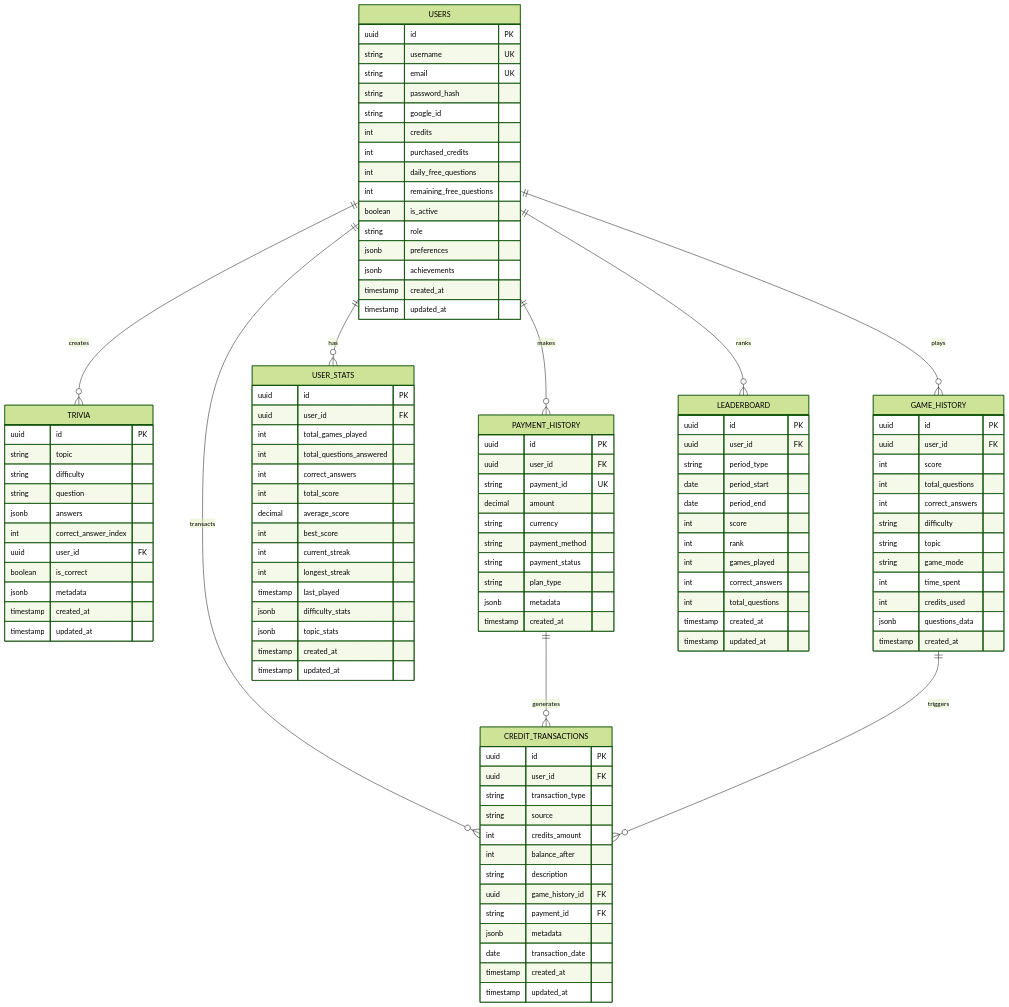
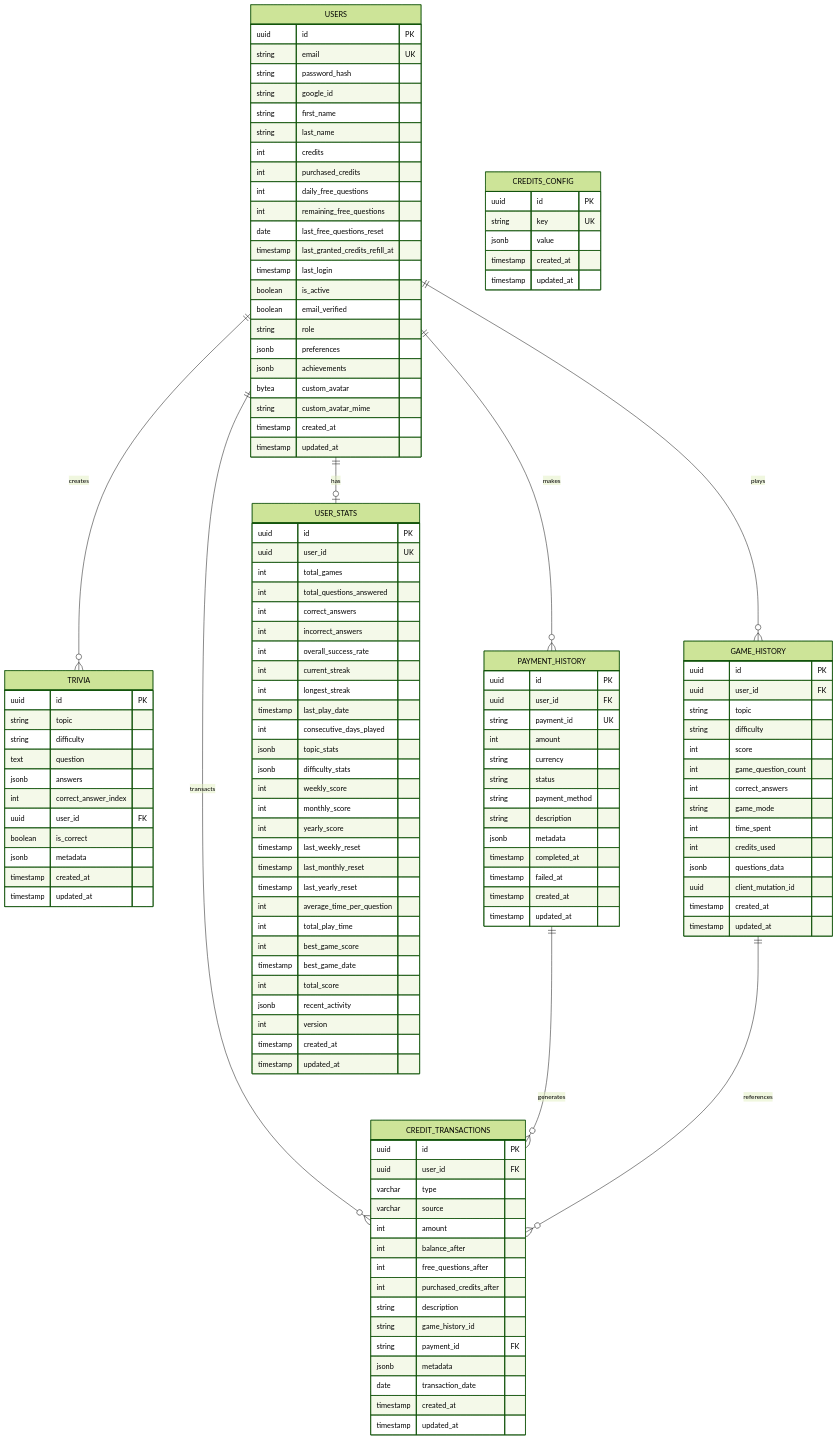
Before and after one commit to IsraelRub/EveryTriv: the eighth of 31 diagrams in docs/DIAGRAMS.md, drawn with Mermaid (forest theme). The commit also changed other lines of this file and 148 other files, not shown here.

First line of the commit message:
feat: email-gated profile, game text gate, session/multiplayer flows, Newman sync

```diff
--- a/docs/DIAGRAMS.md
+++ b/docs/DIAGRAMS.md
@@ -659,27 +609,33 @@
 erDiagram
     USERS ||--o{ TRIVIA : "creates"
     USERS ||--o{ GAME_HISTORY : "plays"
-    USERS ||--o{ USER_STATS : "has"
+    USERS ||--o| USER_STATS : "has"
     USERS ||--o{ PAYMENT_HISTORY : "makes"
     USERS ||--o{ CREDIT_TRANSACTIONS : "transacts"
-    USERS ||--o{ LEADERBOARD : "ranks"
     PAYMENT_HISTORY ||--o{ CREDIT_TRANSACTIONS : "generates"
-    GAME_HISTORY ||--o{ CREDIT_TRANSACTIONS : "triggers"
+    GAME_HISTORY ||--o{ CREDIT_TRANSACTIONS : "references"
 
     USERS {
         uuid id PK
-        string username UK
         string email UK
         string password_hash
         string google_id
+        string first_name
+        string last_name
         int credits
         int purchased_credits
         int daily_free_questions
         int remaining_free_questions
+        date last_free_questions_reset
+        timestamp last_granted_credits_refill_at
+        timestamp last_login
         boolean is_active
+        boolean email_verified
         string role
         jsonb preferences
         jsonb achievements
+        bytea custom_avatar
+        string custom_avatar_mime
         timestamp created_at
         timestamp updated_at
     }
@@ -688,7 +644,7 @@
         uuid id PK
         string topic
         string difficulty
-        string question
+        text question
         jsonb answers
         int correct_answer_index
         uuid user_id FK
@@ -701,32 +657,47 @@
     GAME_HISTORY {
         uuid id PK
         uuid user_id FK
+        string topic
+        string difficulty
         int score
-        int total_questions
+        int game_question_count
         int correct_answers
-        string difficulty
-        string topic
         string game_mode
         int time_spent
         int credits_used
         jsonb questions_data
+        uuid client_mutation_id
         timestamp created_at
+        timestamp updated_at
     }
 
     USER_STATS {
         uuid id PK
-        uuid user_id FK
-        int total_games_played
+        uuid user_id UK
+        int total_games
         int total_questions_answered
         int correct_answers
-        int total_score
-        decimal average_score
-        int best_score
+        int incorrect_answers
+        int overall_success_rate
         int current_streak
         int longest_streak
-        timestamp last_played
+        timestamp last_play_date
+        int consecutive_days_played
+        jsonb topic_stats
         jsonb difficulty_stats
-        jsonb topic_stats
+        int weekly_score
+        int monthly_score
+        int yearly_score
+        timestamp last_weekly_reset
+        timestamp last_monthly_reset
+        timestamp last_yearly_reset
+        int average_time_per_question
+        int total_play_time
+        int best_game_score
+        timestamp best_game_date
+        int total_score
+        jsonb recent_activity
+        int version
         timestamp created_at
         timestamp updated_at
     }
@@ -735,24 +706,29 @@
         uuid id PK
         uuid user_id FK
         string payment_id UK
-        decimal amount
+        int amount
         string currency
+        string status
         string payment_method
-        string payment_status
-        string plan_type
+        string description
         jsonb metadata
+        timestamp completed_at
+        timestamp failed_at
         timestamp created_at
+        timestamp updated_at
     }
 
     CREDIT_TRANSACTIONS {
         uuid id PK
         uuid user_id FK
-        string transaction_type
-        string source
-        int credits_amount
+        varchar type
+        varchar source
+        int amount
         int balance_after
+        int free_questions_after
+        int purchased_credits_after
         string description
-        uuid game_history_id FK
+        string game_history_id
         string payment_id FK
         jsonb metadata
         date transaction_date
@@ -760,17 +736,10 @@
         timestamp updated_at
     }
 
-    LEADERBOARD {
+    CREDITS_CONFIG {
         uuid id PK
-        uuid user_id FK
-        string period_type
-        date period_start
-        date period_end
-        int score
-        int rank
-        int games_played
-        int correct_answers
-        int total_questions
+        string key UK
+        jsonb value
         timestamp created_at
         timestamp updated_at
     }
```
